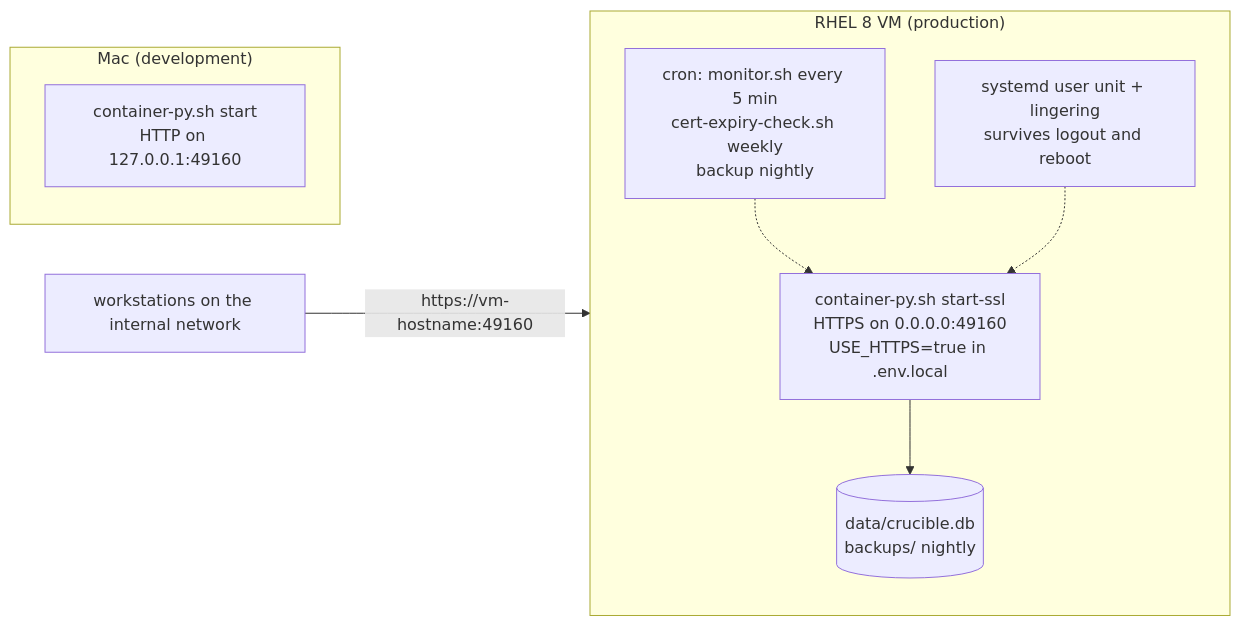
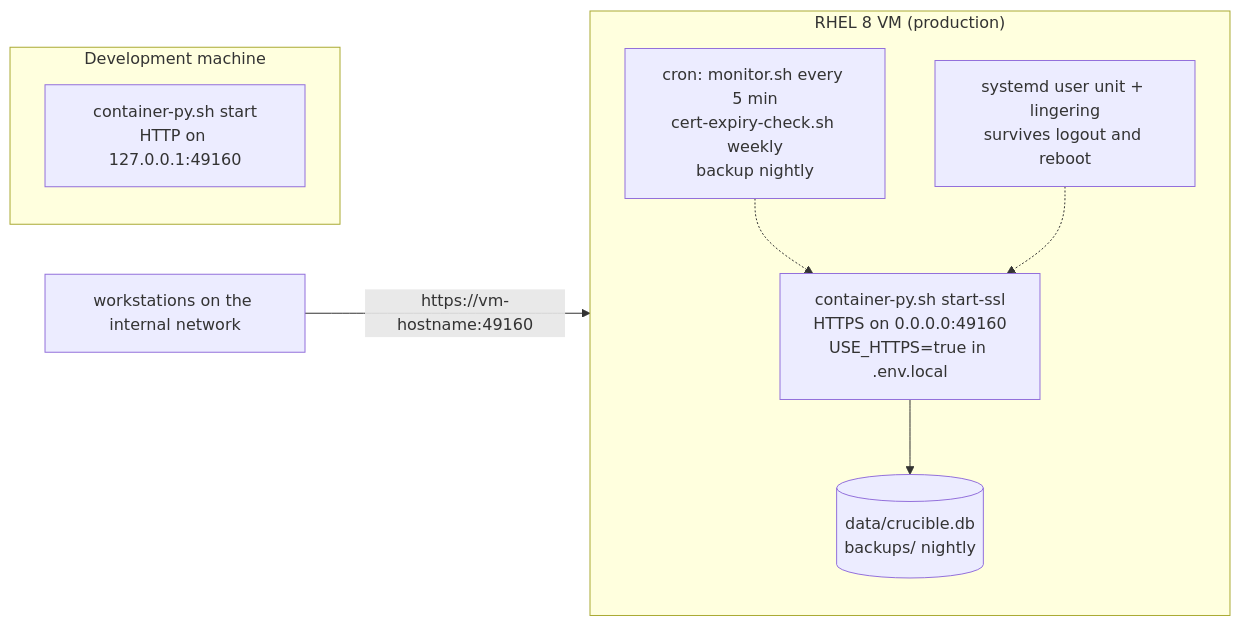
One commit to akannan2987/nr-nips-crucible changed the diagram in docs/07-operations.md. Above: the diagram before and after it, drawn with Mermaid. The commit also changed other lines of this file and 53 other files, not shown here.

First line of the commit message:
Name the development machine by its role, not its operating system

````diff
--- a/docs/07-operations.md
+++ b/docs/07-operations.md
@@ -54,17 +54,17 @@
 ```mermaid
 flowchart LR
-    subgraph mac["Mac (development)"]
+    subgraph dev["Development machine"]
         M["container-py.sh start<br/>HTTP on 127.0.0.1:49160"]
     end
     subgraph vm["RHEL 8 VM (production)"]
         direction TB
         P["container-py.sh start-ssl<br/>HTTPS on 0.0.0.0:49160<br/>USE_HTTPS=true in .env.local"]
         D[("data/crucible.db<br/>backups/ nightly")]
         CR["cron: monitor.sh every 5 min<br/>cert-expiry-check.sh weekly<br/>backup nightly"]
         SD["systemd user unit + lingering<br/>survives logout and reboot"]
         P --> D
         CR -.-> P
         SD -.-> P
     end
     W["workstations on the internal network"] -- "https://vm-hostname:49160" --> P
 ```
````
